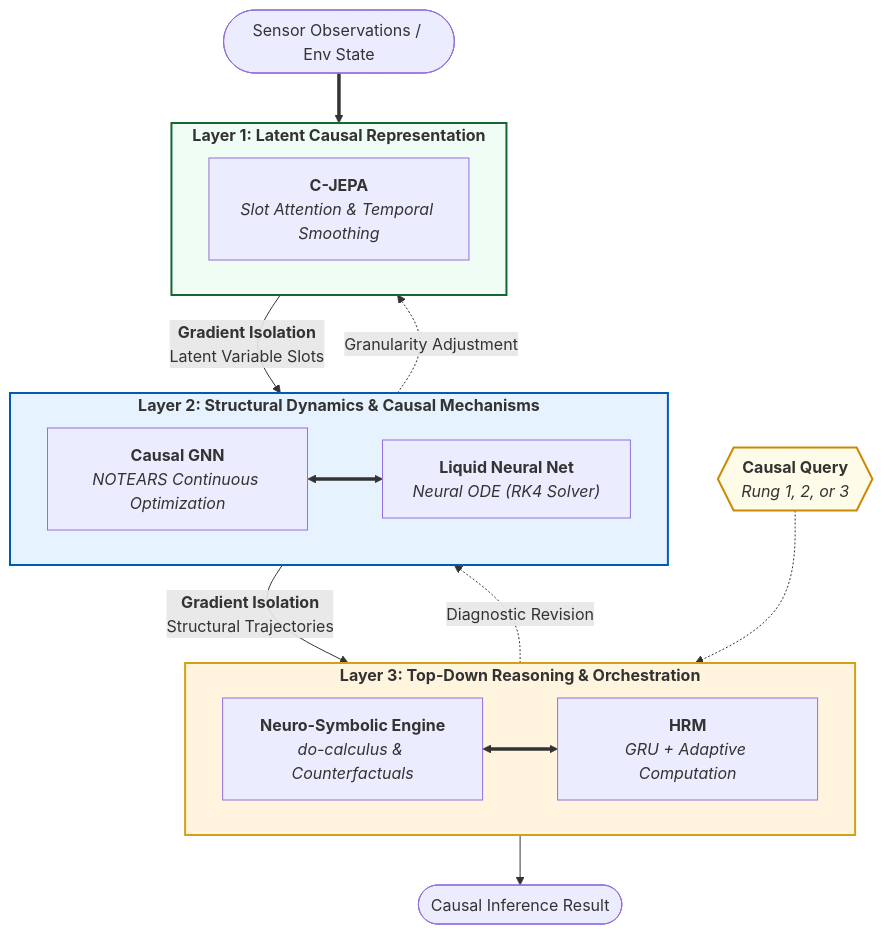
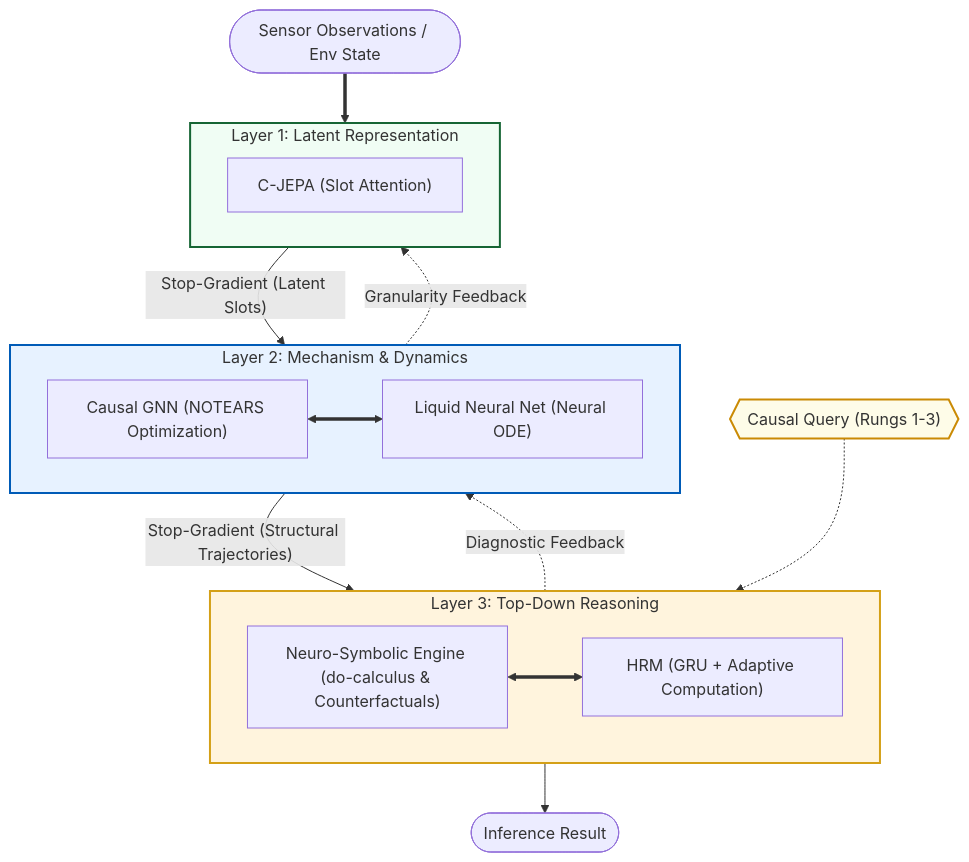
One commit to sunghunkwag/HHCRA-Causal-Inference changed the diagram in README.md. Above: the diagram before and after it, drawn with Mermaid.

Commit message:
docs: fix mermaid rendering issues by simplifying labels and structure

````diff
--- a/README.md
+++ b/README.md
@@ -20,42 +20,40 @@
 ```mermaid
 flowchart TB
     %% Nodes
     Obs([Sensor Observations / Env State])
     
-    subgraph Reasoning ["<b>Layer 3: Top-Down Reasoning & Orchestration</b>"]
-        direction LR
-        NSE["<b>Neuro-Symbolic Engine</b><br/><i>do-calculus & Counterfactuals</i>"]
-        HRM["<b>HRM</b><br/><i>GRU + Adaptive Computation</i>"]
+    subgraph L3 ["Layer 3: Top-Down Reasoning"]
+        NSE["Neuro-Symbolic Engine (do-calculus & Counterfactuals)"]
+        HRM["HRM (GRU + Adaptive Computation)"]
         NSE <==> HRM
     end
 
-    subgraph Mechanism ["<b>Layer 2: Structural Dynamics & Causal Mechanisms</b>"]
-        direction LR
-        GNN["<b>Causal GNN</b><br/><i>NOTEARS Continuous Optimization</i>"]
-        LNN["<b>Liquid Neural Net</b><br/><i>Neural ODE (RK4 Solver)</i>"]
+    subgraph L2 ["Layer 2: Mechanism & Dynamics"]
+        GNN["Causal GNN (NOTEARS Optimization)"]
+        LNN["Liquid Neural Net (Neural ODE)"]
         GNN <==> LNN
     end
 
-    subgraph Perception ["<b>Layer 1: Latent Causal Representation</b>"]
-        CJEPA["<b>C-JEPA</b><br/><i>Slot Attention & Temporal Smoothing</i>"]
+    subgraph L1 ["Layer 1: Latent Representation"]
+        CJEPA["C-JEPA (Slot Attention)"]
     end
 
     %% High-level Flow
-    Obs ==> Perception
-    Perception -- "<b>Gradient Isolation</b><br/>Latent Variable Slots" --> Mechanism
-    Mechanism -- "<b>Gradient Isolation</b><br/>Structural Trajectories" --> Reasoning
+    Obs ==> L1
+    L1 -- "Stop-Gradient (Latent Slots)" --> L2
+    L2 -- "Stop-Gradient (Structural Trajectories)" --> L3
     
     %% Feedback Loops
-    Reasoning -. "Diagnostic Revision" .-> Mechanism
-    Mechanism -. "Granularity Adjustment" .-> Perception
+    L3 -. "Diagnostic Feedback" .-> L2
+    L2 -. "Granularity Feedback" .-> L1
 
     %% Queries
-    Query{{"<b>Causal Query</b><br/><i>Rung 1, 2, or 3</i>"}} -.-> Reasoning
-    Reasoning --> Result([Causal Inference Result])
+    Query{{"Causal Query (Rungs 1-3)"}} -.-> L3
+    L3 --> Result([Inference Result])
 
     %% Styling
-    style Reasoning fill:#fff4dd,stroke:#d4a017,stroke-width:2px
-    style Mechanism fill:#e7f2ff,stroke:#005bb7,stroke-width:2px
-    style Perception fill:#f0fdf4,stroke:#166534,stroke-width:2px
+    style L3 fill:#fff4dd,stroke:#d4a017,stroke-width:2px
+    style L2 fill:#e7f2ff,stroke:#005bb7,stroke-width:2px
+    style L1 fill:#f0fdf4,stroke:#166534,stroke-width:2px
     style Query fill:#fefce8,stroke:#ca8a04,stroke-width:2px
 ```
````
